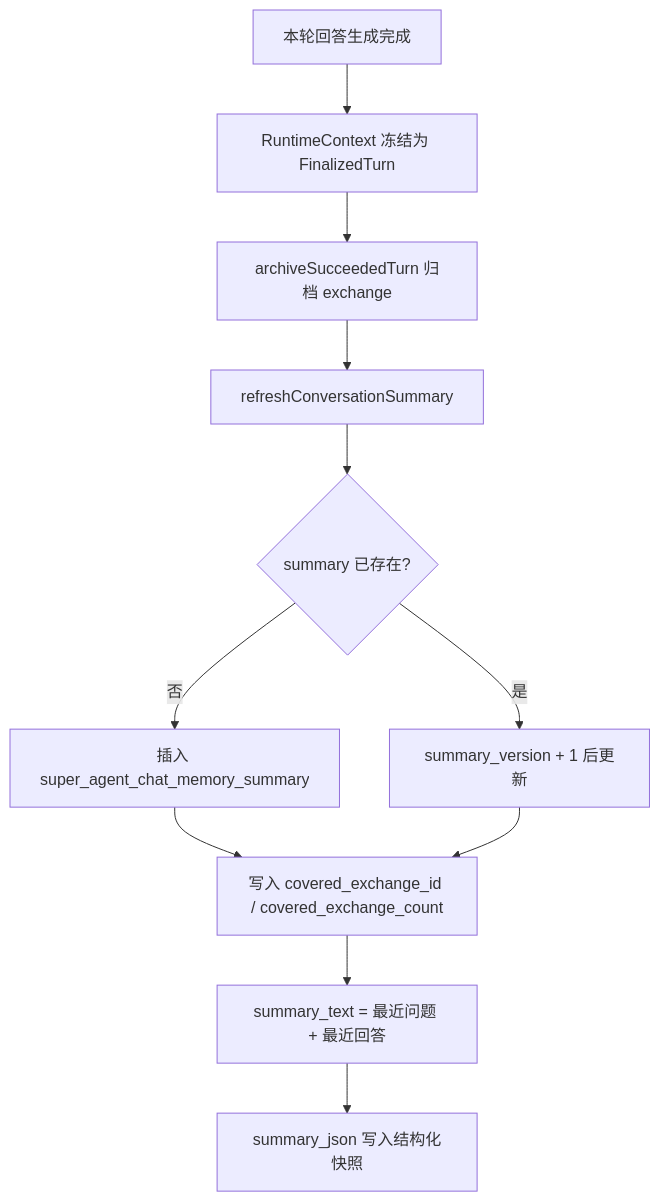
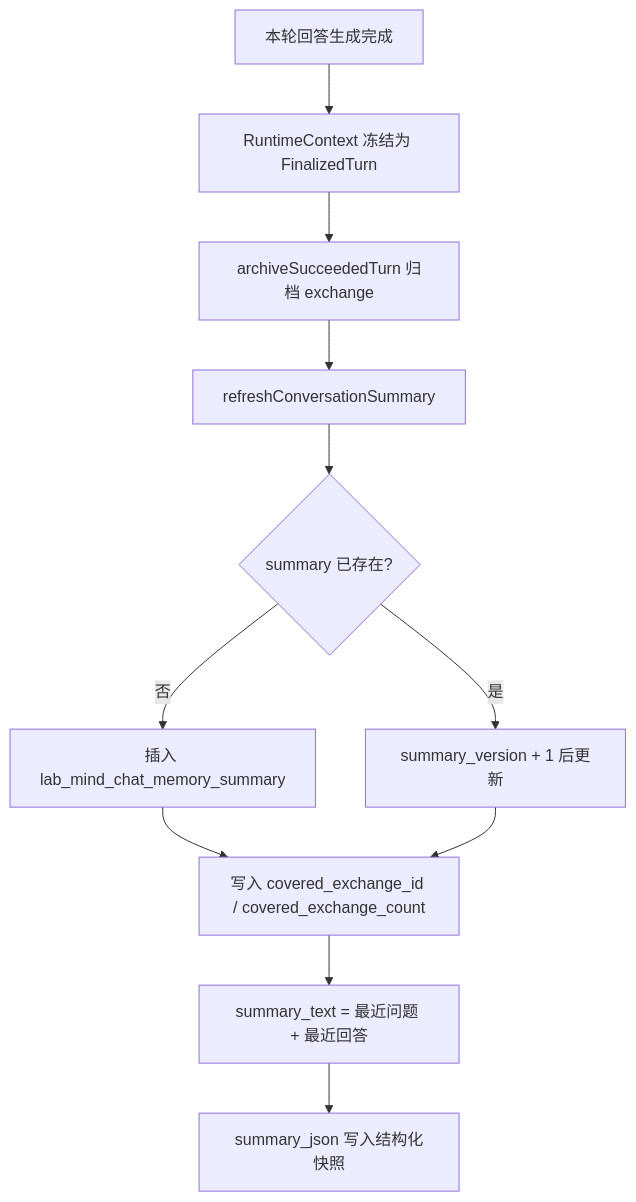
The third of 3 diagrams in docs/chat-memory-phase1.md (sciuridae799/LabMind), drawn with Mermaid before and after one commit. The commit also changed other lines of this file and 891 other files, not shown here.

Commit message:
全量重命名为 LabMind

````diff
--- a/docs/chat-memory-phase1.md
+++ b/docs/chat-memory-phase1.md
@@ -200,13 +200,13 @@
 ```mermaid
 flowchart TD
     A[本轮回答生成完成] --> B[RuntimeContext 冻结为 FinalizedTurn]
     B --> C[archiveSucceededTurn 归档 exchange]
     C --> D[refreshConversationSummary]
     D --> E{summary 已存在?}
-    E -- 否 --> F[插入 super_agent_chat_memory_summary]
+    E -- 否 --> F[插入 lab_mind_chat_memory_summary]
     E -- 是 --> G[summary_version + 1 后更新]
     F --> H[写入 covered_exchange_id / covered_exchange_count]
     G --> H
     H --> I[summary_text = 最近问题 + 最近回答]
     I --> J[summary_json 写入结构化快照]
 ```
````
